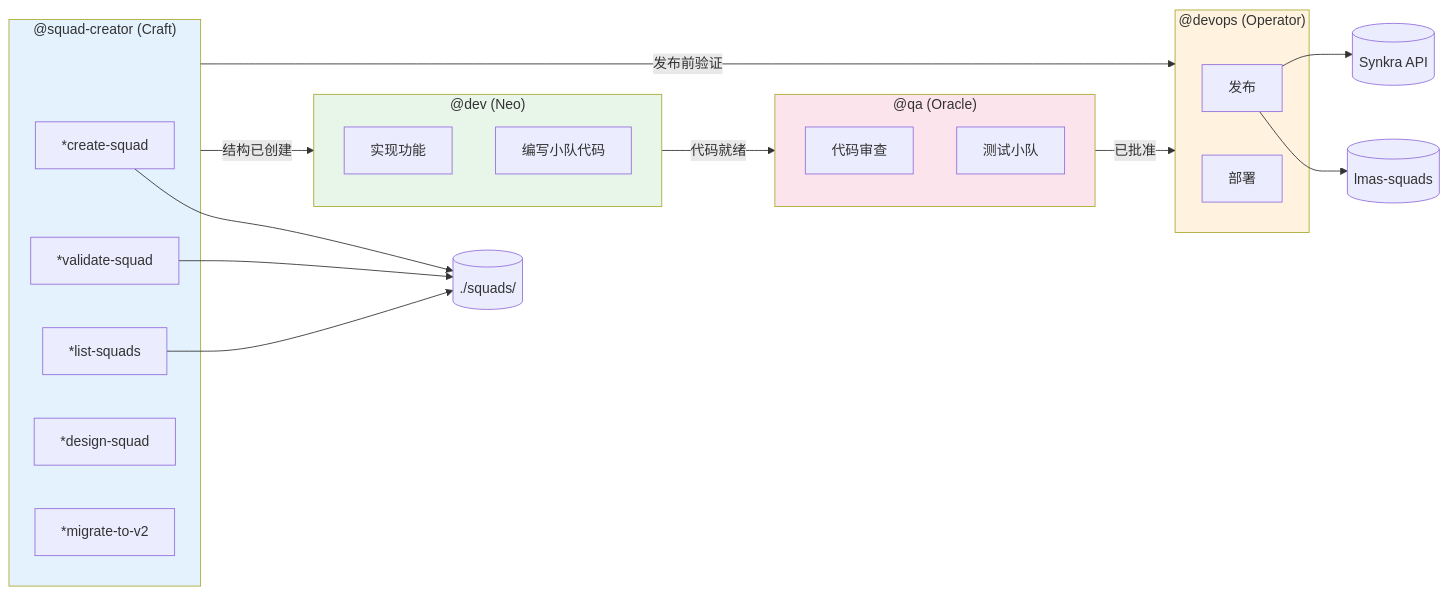
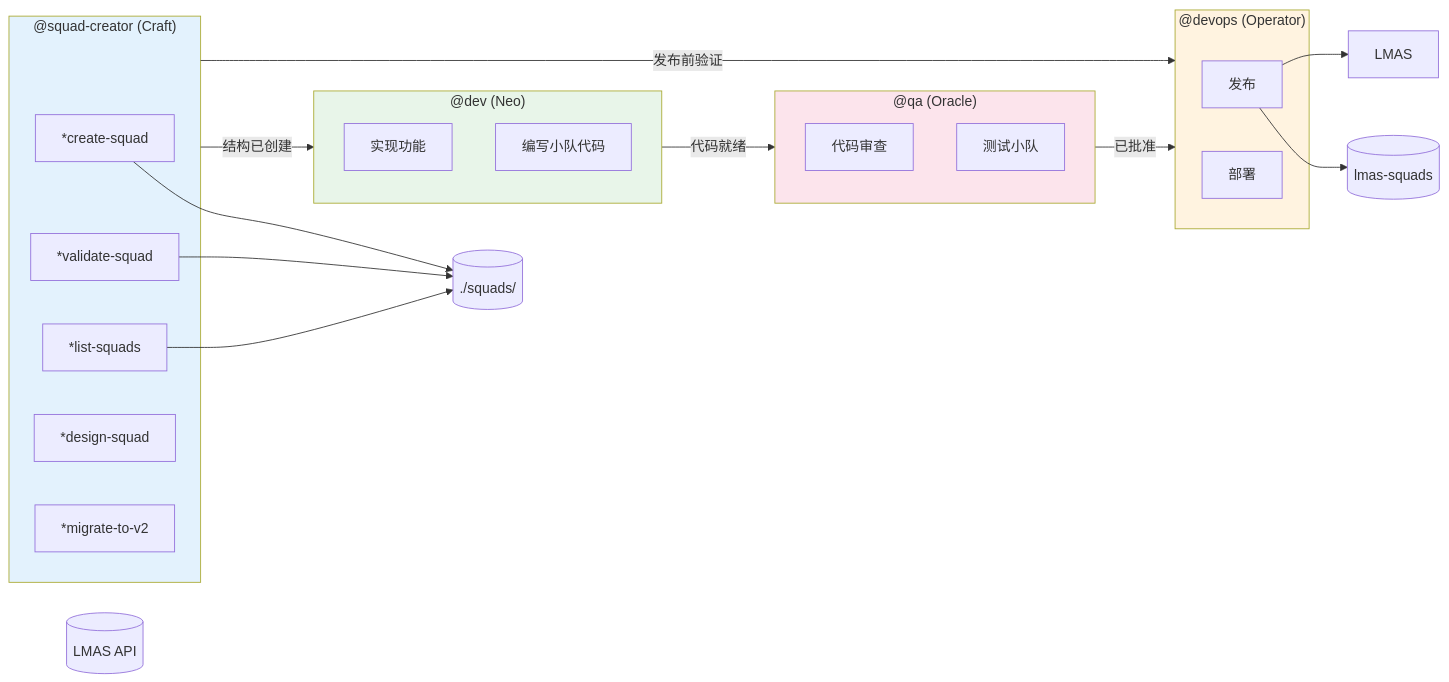
The fifth of 6 diagrams in docs/zh/aiox-agent-flows/squad-creator-system.md (oluanferreira/luan-multiagent-scrum), drawn with Mermaid before and after one commit. The commit also changed other lines of this file and 415 other files, not shown here.

First line of the commit message:
refactor: rebrand Synkra/SynkraAI → LMAS by Luan Ferreira

````diff
--- a/docs/zh/aiox-agent-flows/squad-creator-system.md
+++ b/docs/zh/aiox-agent-flows/squad-creator-system.md
@@ -433,45 +433,45 @@
 ```mermaid
 flowchart LR
     subgraph SQUAD_CREATOR["@squad-creator (Craft)"]
         SC_CREATE["*create-squad"]
         SC_VALIDATE["*validate-squad"]
         SC_LIST["*list-squads"]
         SC_DESIGN["*design-squad"]
         SC_MIGRATE["*migrate-to-v2"]
     end
 
     subgraph DEV["@dev (Neo)"]
         DEV_IMPL["实现功能"]
         DEV_CODE["编写小队代码"]
     end
 
     subgraph QA["@qa (Oracle)"]
         QA_REVIEW["代码审查"]
         QA_TEST["测试小队"]
     end
 
     subgraph DEVOPS["@devops (Operator)"]
         DEVOPS_PUB["发布"]
         DEVOPS_DEPLOY["部署"]
     end
 
     SQUAD_CREATOR -->|"结构已创建"| DEV
     DEV -->|"代码就绪"| QA
     QA -->|"已批准"| DEVOPS
     SQUAD_CREATOR -->|"发布前验证"| DEVOPS
 
     SQUADS[("./squads/")]
     LMAS_SQUADS[("lmas-squads")]
-    SYNKRA[("Synkra API")]
+    LMAS_MARKETPLACE[("LMAS API")]
 
     SC_CREATE --> SQUADS
     SC_VALIDATE --> SQUADS
     SC_LIST --> SQUADS
     DEVOPS_PUB --> LMAS_SQUADS
-    DEVOPS_PUB --> SYNKRA
+    DEVOPS_PUB --> LMAS
 
     style SQUAD_CREATOR fill:#e3f2fd
     style DEV fill:#e8f5e9
     style QA fill:#fce4ec
     style DEVOPS fill:#fff3e0
 ```
````
